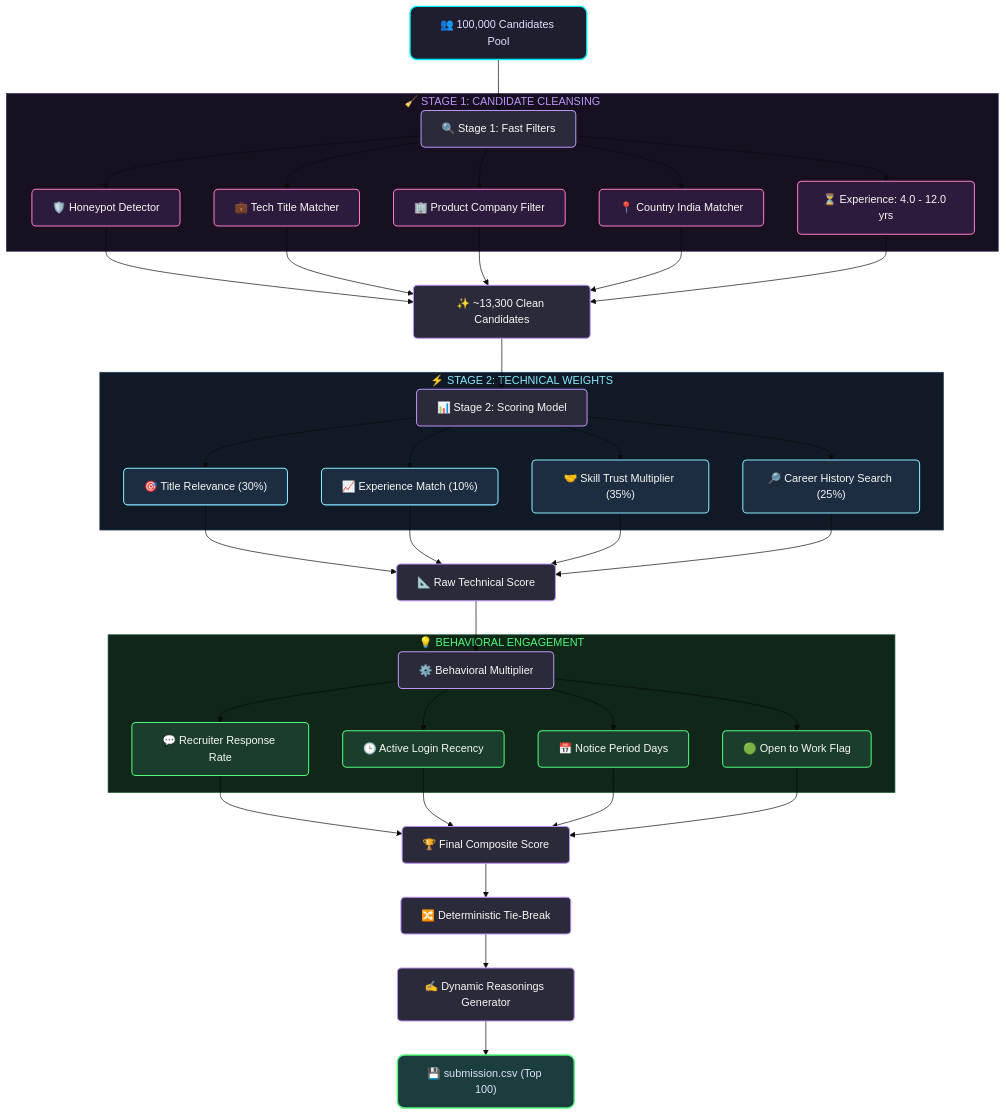
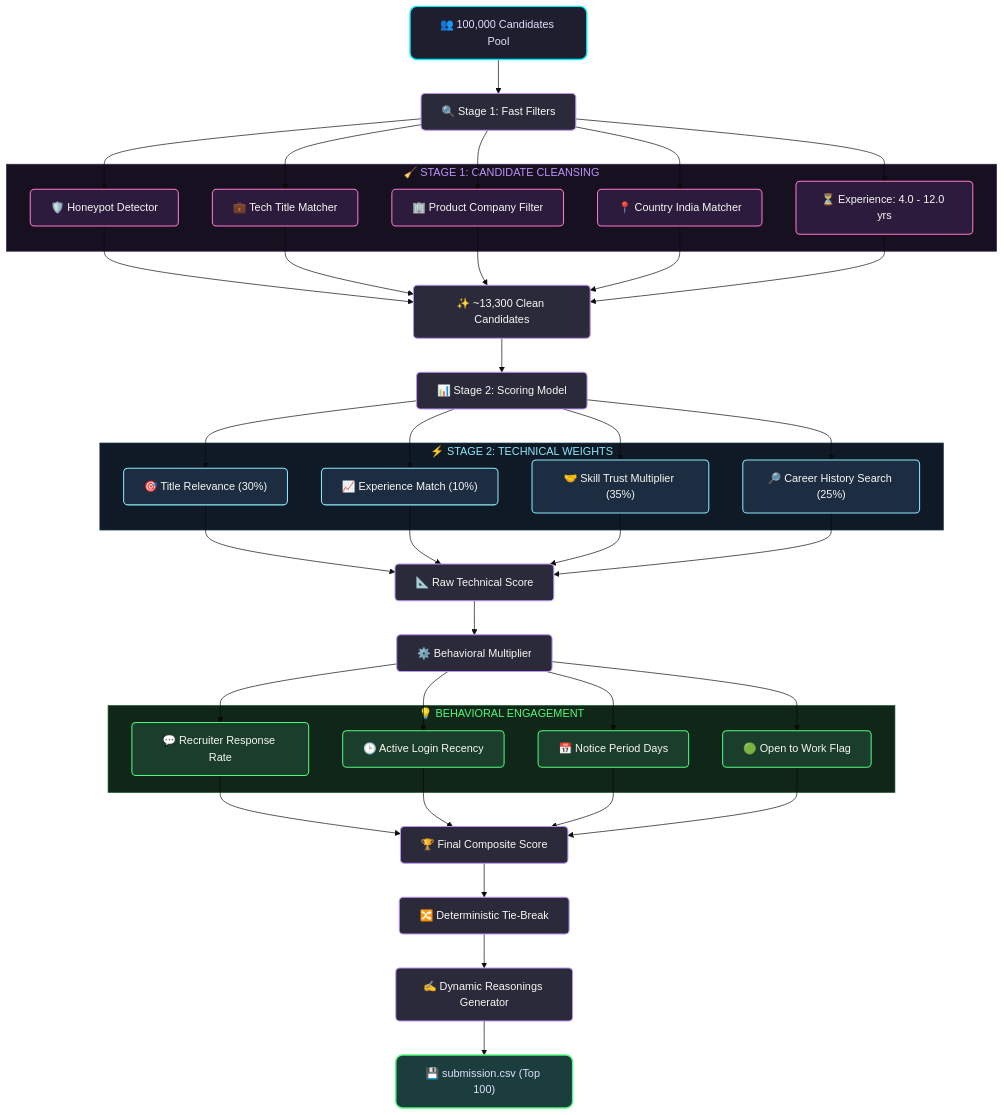
One commit to SwayamAg/India_runs_data_and_ai_challenge changed the diagram in README.md. Above: the diagram before and after it, drawn with Mermaid (base theme).

Commit message:
docs: adjust Mermaid layout to avoid link lines overlapping subgraph headers

````diff
--- a/README.md
+++ b/README.md
@@ -40,52 +40,68 @@
 ```mermaid
 graph TD
     %% Define Classes for Styling
     classDef pool fill:#1e1e2f,stroke:#00f0ff,stroke-width:2px,color:#e0e0ff,rx:10px,ry:10px;
     classDef stage1 fill:#2c1b3d,stroke:#ff79c6,stroke-width:1.5px,color:#f8f8f2,rx:6px,ry:6px;
     classDef stage2 fill:#1c2d42,stroke:#8be9fd,stroke-width:1.5px,color:#f8f8f2,rx:6px,ry:6px;
     classDef behavioral fill:#1b3d2c,stroke:#50fa7b,stroke-width:1.5px,color:#f8f8f2,rx:6px,ry:6px;
     classDef process fill:#2a2a3a,stroke:#bd93f9,stroke-width:1.5px,color:#f8f8f2,rx:6px,ry:6px;
     classDef output fill:#1b3d3d,stroke:#50fa7b,stroke-width:2px,color:#e0e0ff,rx:10px,ry:10px;
 
     A["👥 100,000 Candidates Pool"]:::pool --> B["🔍 Stage 1: Fast Filters"]:::process
     
     subgraph S1 ["🧹 STAGE 1: CANDIDATE CLEANSING"]
-        B --> B1["🛡️ Honeypot Detector"]:::stage1
-        B --> B2["💼 Tech Title Matcher"]:::stage1
-        B --> B3["🏢 Product Company Filter"]:::stage1
-        B --> B4["📍 Country India Matcher"]:::stage1
-        B --> B5["⏳ Experience: 4.0 - 12.0 yrs"]:::stage1
+        B1["🛡️ Honeypot Detector"]:::stage1
+        B2["💼 Tech Title Matcher"]:::stage1
+        B3["🏢 Product Company Filter"]:::stage1
+        B4["📍 Country India Matcher"]:::stage1
+        B5["⏳ Experience: 4.0 - 12.0 yrs"]:::stage1
     end
+    
+    B --> B1
+    B --> B2
+    B --> B3
+    B --> B4
+    B --> B5
     
     B1 & B2 & B3 & B4 & B5 --> C["✨ ~13,300 Clean Candidates"]:::process
     
     C --> D["📊 Stage 2: Scoring Model"]:::process
     
     subgraph S2 ["⚡ STAGE 2: TECHNICAL WEIGHTS"]
-        D --> D1["🎯 Title Relevance (30%)"]:::stage2
-        D --> D2["📈 Experience Match (10%)"]:::stage2
-        D --> D3["🤝 Skill Trust Multiplier (35%)"]:::stage2
-        D --> D4["🔎 Career History Search (25%)"]:::stage2
+        D1["🎯 Title Relevance (30%)"]:::stage2
+        D2["📈 Experience Match (10%)"]:::stage2
+        D3["🤝 Skill Trust Multiplier (35%)"]:::stage2
+        D4["🔎 Career History Search (25%)"]:::stage2
     end
+    
+    D --> D1
+    D --> D2
+    D --> D3
+    D --> D4
     
     D1 & D2 & D3 & D4 --> E["📐 Raw Technical Score"]:::process
     
     E --> F["⚙️ Behavioral Multiplier"]:::process
     
     subgraph S3 ["💡 BEHAVIORAL ENGAGEMENT"]
-        F --> F1["💬 Recruiter Response Rate"]:::behavioral
-        F --> F2["🕒 Active Login Recency"]:::behavioral
-        F --> F3["📅 Notice Period Days"]:::behavioral
-        F --> F4["🟢 Open to Work Flag"]:::behavioral
+        F1["💬 Recruiter Response Rate"]:::behavioral
+        F2["🕒 Active Login Recency"]:::behavioral
+        F3["📅 Notice Period Days"]:::behavioral
+        F4["🟢 Open to Work Flag"]:::behavioral
     end
+    
+    F --> F1
+    F --> F2
+    F --> F3
+    F --> F4
     
     F1 & F2 & F3 & F4 --> G["🏆 Final Composite Score"]:::process
     G --> H["🔀 Deterministic Tie-Break"]:::process
     H --> I["✍️ Dynamic Reasonings Generator"]:::process
     I --> J["💾 submission.csv (Top 100)"]:::output
 
     %% Apply subgraph styles
     style S1 fill:#161021,stroke:#3b2754,stroke-width:1px,color:#bd93f9
     style S2 fill:#0f1a26,stroke:#1e3c59,stroke-width:1px,color:#8be9fd
     style S3 fill:#0f2619,stroke:#1e5933,stroke-width:1px,color:#50fa7b
 ```
````
